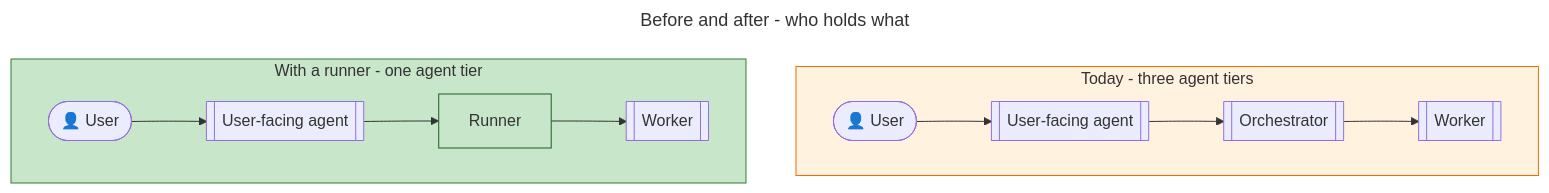
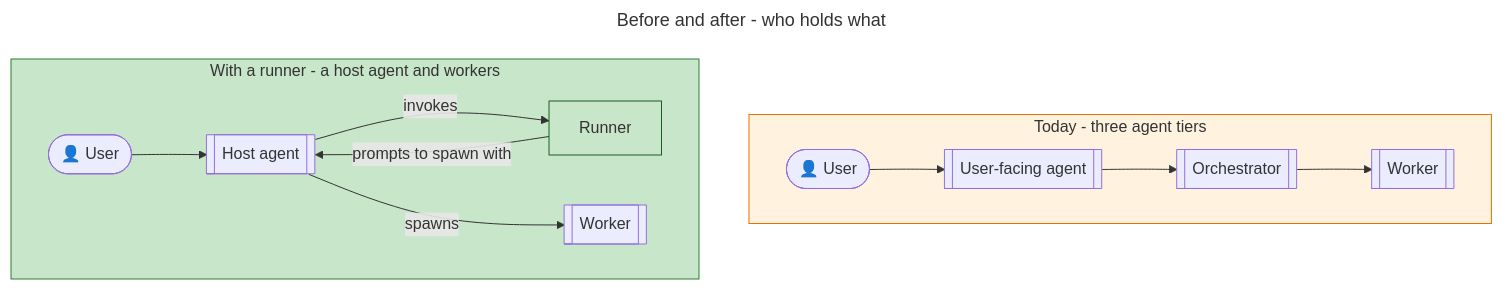
One commit to m2ux/workflow-server changed the sixth of 15 diagrams in artifacts/planning/2026-08-28-runner-execution-protocol/README.md. Above: the diagram before and after it, drawn with Mermaid. The commit also changed other lines of this file, not shown here.

````diff
--- a/artifacts/planning/2026-08-28-runner-execution-protocol/README.md
+++ b/artifacts/planning/2026-08-28-runner-execution-protocol/README.md
@@ -329,21 +364,22 @@
 ```mermaid
 ---
 title: Before and after - who holds what
 ---
 flowchart TB
     subgraph Before [Today - three agent tiers]
         B1([👤 User]) --> B2[[User-facing agent]]
         B2 --> B3[[Orchestrator]]
         B3 --> B4[[Worker]]
     end
 
-    subgraph After [With a runner - one agent tier]
-        A1([👤 User]) --> A2[[User-facing agent]]
-        A2 --> A3[Runner]
-        A3 --> A4[[Worker]]
+    subgraph After [With a runner - a host agent and workers]
+        A1([👤 User]) --> A2[[Host agent]]
+        A2 -->|invokes| A3[Runner]
+        A3 -->|prompts to spawn with| A2
+        A2 -->|spawns| A4[[Worker]]
     end
 
     style Before fill:#fff3e0,stroke:#ef6c00
     style After fill:#c8e6c9,stroke:#2e7d32
     style A3 fill:#c8e6c9,stroke:#1b5e20
 ```
````
